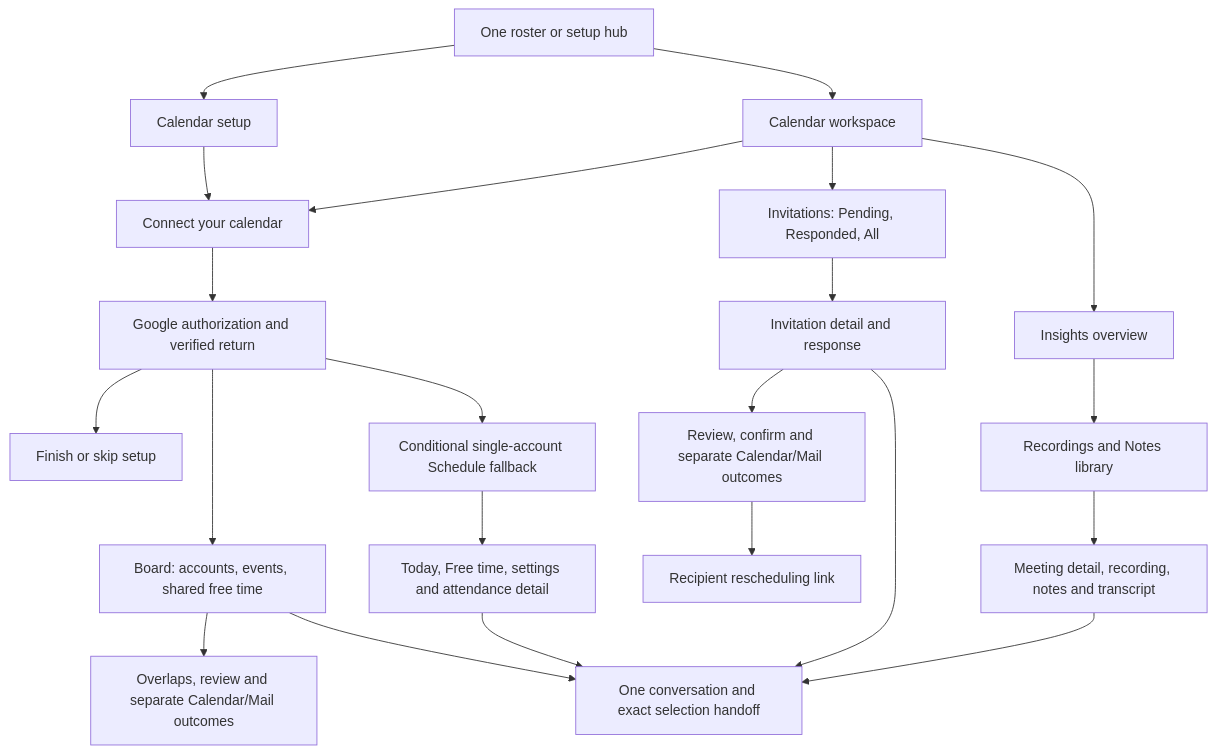
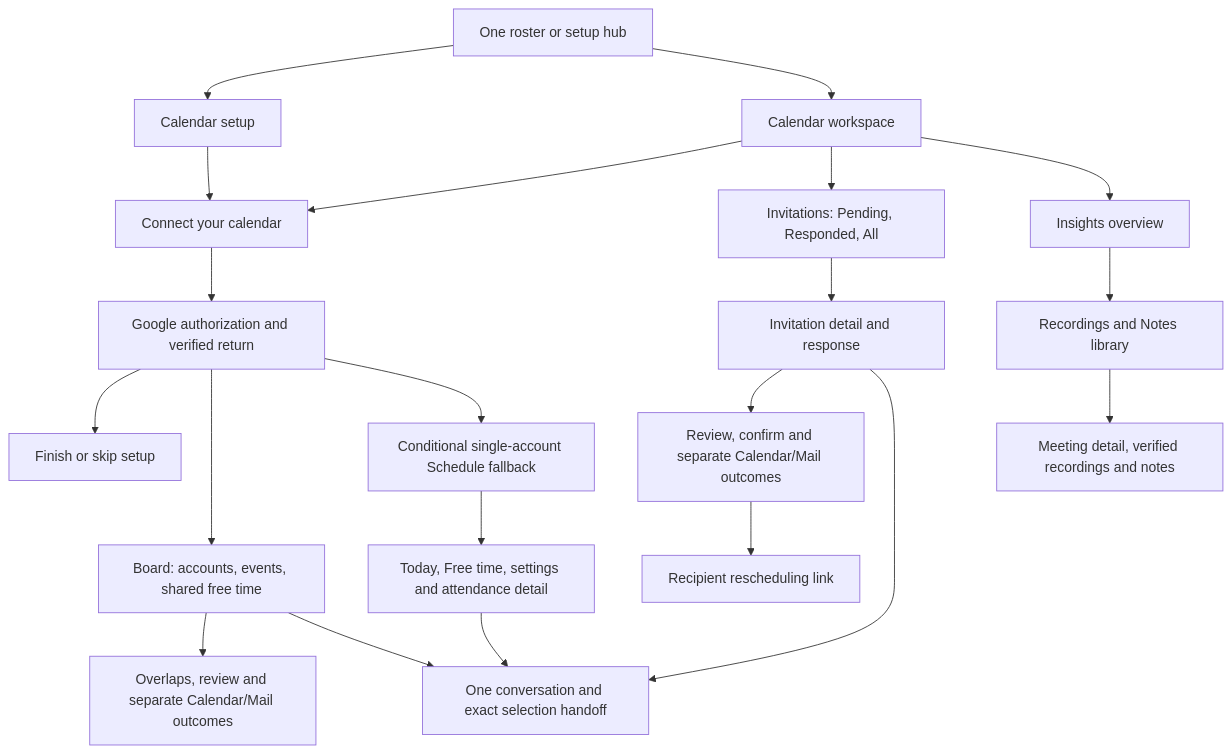
Before and after one commit to hushh-labs/hushh-research: the diagram in hushh-webapp/docs/ui-contracts/calendar.md, drawn with Mermaid. The commit also changed other lines of this file and 38 other files, not shown here.

Commit message:
Implement selected-day Calendar recordings and notes library

````diff
--- a/hushh-webapp/docs/ui-contracts/calendar.md
+++ b/hushh-webapp/docs/ui-contracts/calendar.md
@@ -30,24 +30,23 @@
 ```mermaid
 flowchart TD
   roster["One roster or setup hub"] --> setup["Calendar setup"]
   roster --> workspace["Calendar workspace"]
   setup --> connect["Connect your calendar"]
   workspace --> connect
   connect --> oauth["Google authorization and verified return"]
   oauth --> finish["Finish or skip setup"]
   oauth --> board["Board: accounts, events, shared free time"]
   oauth --> fallback["Conditional single-account Schedule fallback"]
   board --> conflict["Overlaps, review and separate Calendar/Mail outcomes"]
   fallback --> event["Today, Free time, settings and attendance detail"]
   event --> chat["One conversation and exact selection handoff"]
   board --> chat
   workspace --> invitations["Invitations: Pending, Responded, All"]
   invitations --> detail["Invitation detail and response"]
   detail --> review["Review, confirm and separate Calendar/Mail outcomes"]
   detail --> chat
   review --> public["Recipient rescheduling link"]
   workspace --> insights["Insights overview"]
   insights --> library["Recordings and Notes library"]
-  library --> meeting["Meeting detail, recording, notes and transcript"]
-  meeting --> chat
+  library --> meeting["Meeting detail, verified recordings and notes"]
 ```
````
